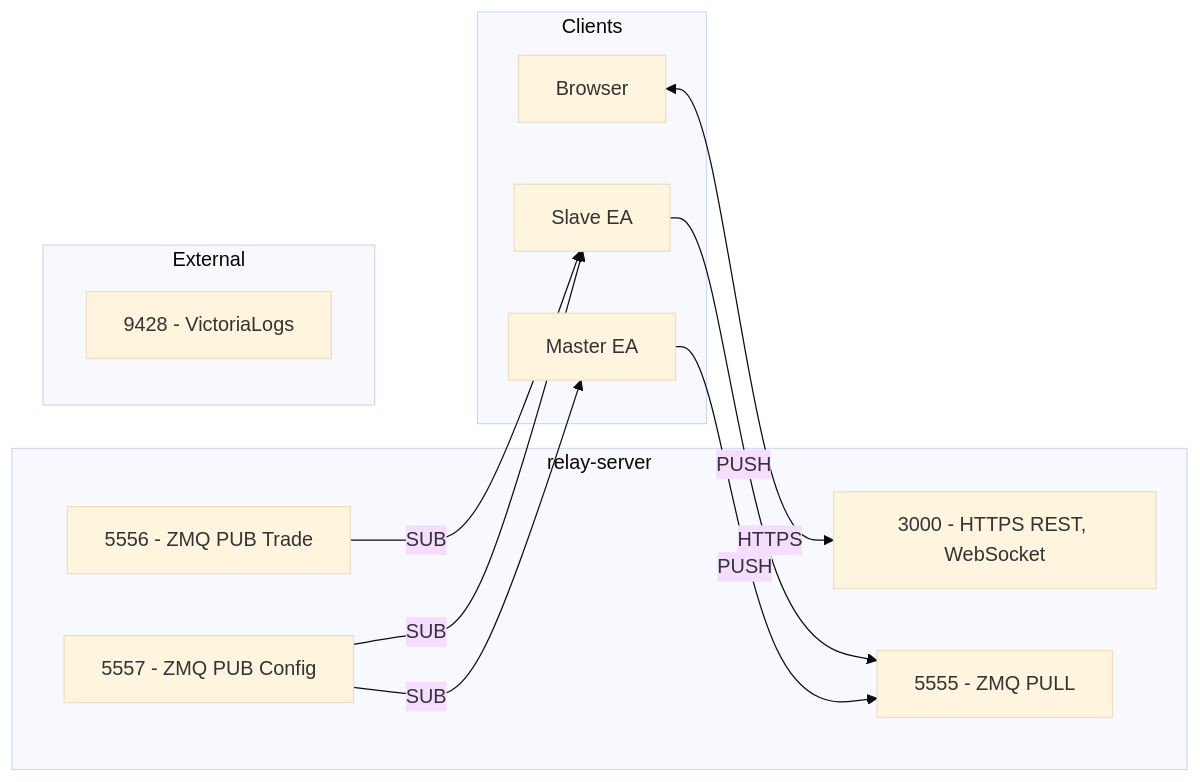
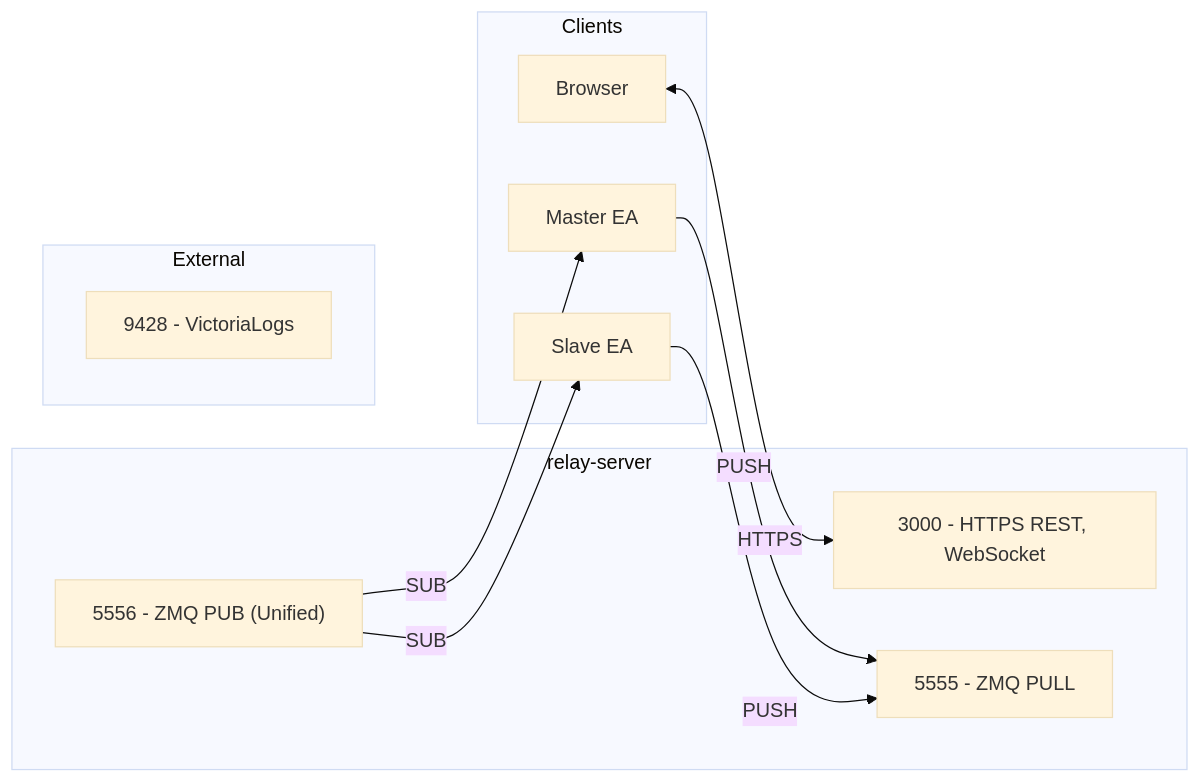
Before and after one commit to poruru210/sankey-copier: diagram 12 of 13 in docs/README.md, drawn with Mermaid (base theme). The commit also changed other lines of this file and 35 other files, not shown here.

````diff
--- a/docs/README.md
+++ b/docs/README.md
@@ -674,26 +671,24 @@
 ```mermaid
 graph LR
     subgraph relay_ports["relay-server"]
         P3000["3000 - HTTPS REST, WebSocket"]
         P5555["5555 - ZMQ PULL"]
-        P5556["5556 - ZMQ PUB Trade"]
-        P5557["5557 - ZMQ PUB Config"]
+        P5556["5556 - ZMQ PUB (Unified)"]
     end
 
     subgraph external["External"]
         P9428["9428 - VictoriaLogs"]
     end
 
     subgraph clients["Clients"]
         BROWSER["Browser"]
         EA_M["Master EA"]
         EA_S["Slave EA"]
     end
 
     BROWSER <-->|HTTPS| P3000
     EA_M -->|PUSH| P5555
     EA_S -->|PUSH| P5555
+    P5556 -->|SUB| EA_M
     P5556 -->|SUB| EA_S
-    P5557 -->|SUB| EA_M
-    P5557 -->|SUB| EA_S
 ```
````
